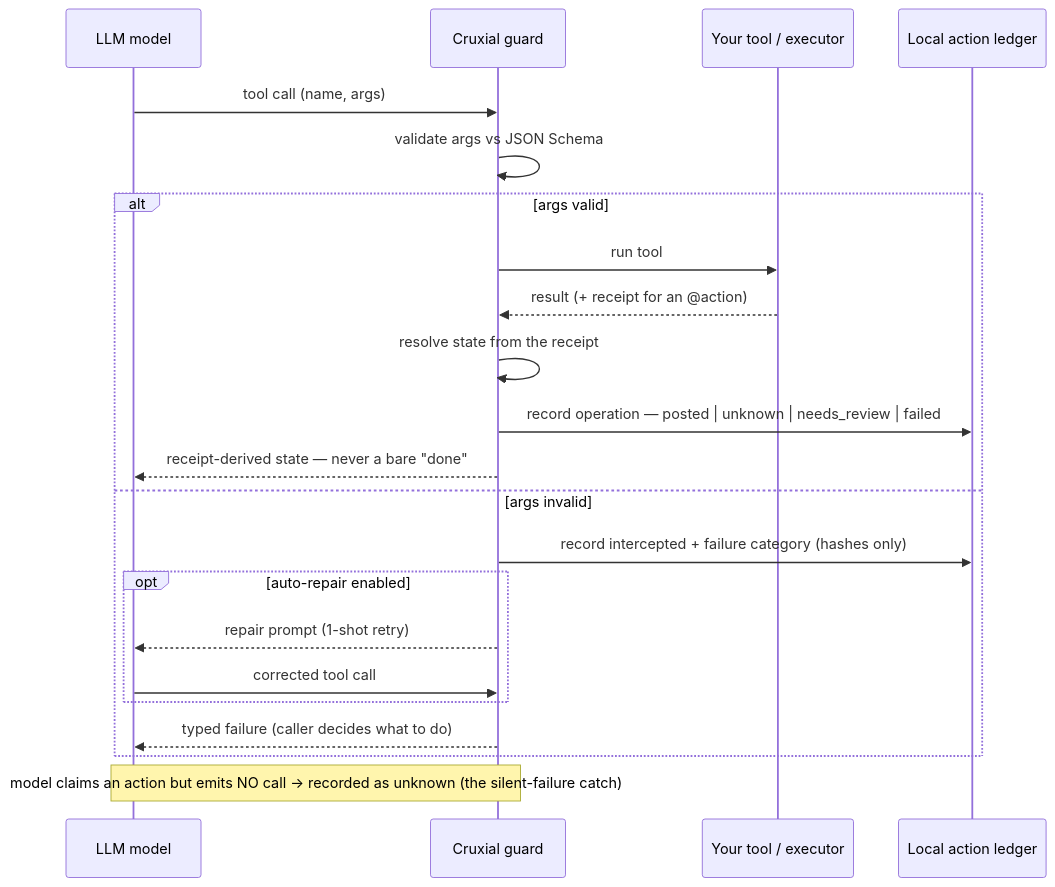
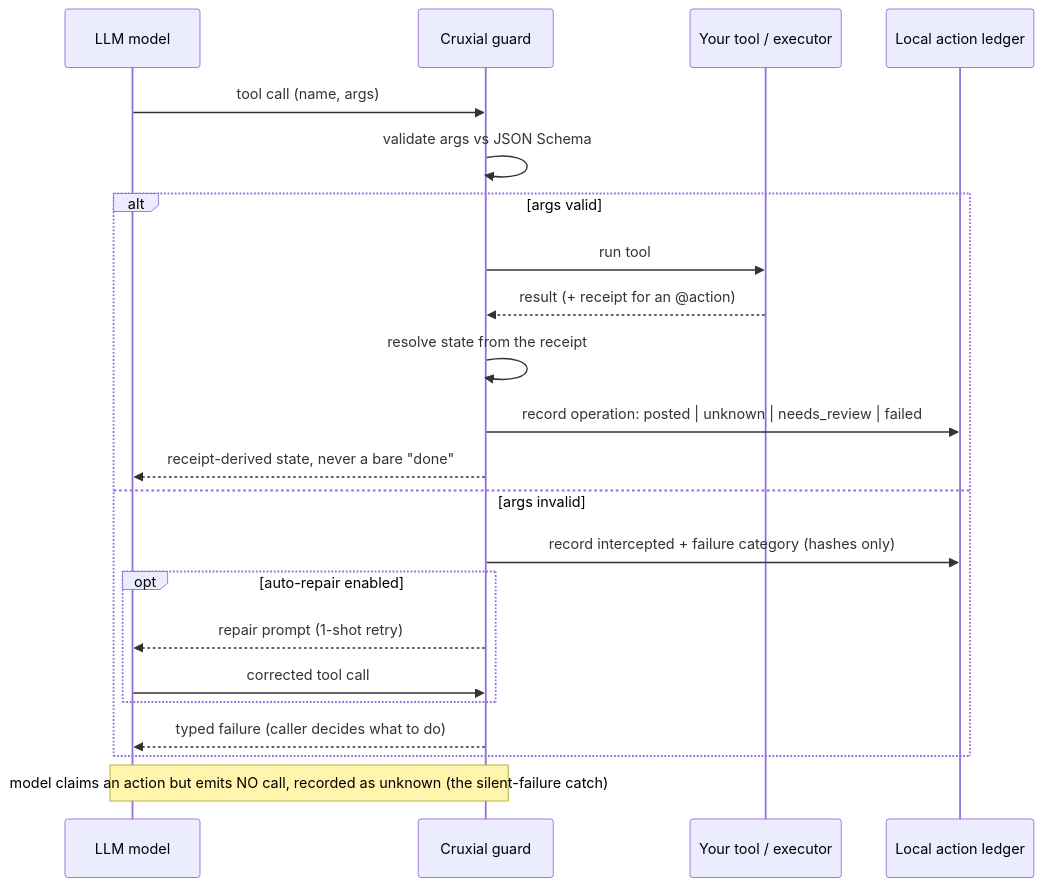
One commit to selva-iitg/cruxial changed the diagram in README.md. Above: the diagram before and after it, drawn with Mermaid. The commit also changed other lines of this file, not shown here.

````diff
--- a/README.md
+++ b/README.md
@@ -294,25 +244,25 @@
 ```mermaid
 sequenceDiagram
     participant M as LLM model
     participant C as Cruxial guard
     participant T as Your tool / executor
     participant L as Local action ledger
 
     M->>C: tool call (name, args)
     C->>C: validate args vs JSON Schema
     alt args valid
         C->>T: run tool
         T-->>C: result (+ receipt for an @action)
         C->>C: resolve state from the receipt
-        C->>L: record operation — posted | unknown | needs_review | failed
-        C-->>M: receipt-derived state — never a bare "done"
+        C->>L: record operation: posted | unknown | needs_review | failed
+        C-->>M: receipt-derived state, never a bare "done"
     else args invalid
         C->>L: record intercepted + failure category (hashes only)
         opt auto-repair enabled
             C-->>M: repair prompt (1-shot retry)
             M->>C: corrected tool call
         end
         C-->>M: typed failure (caller decides what to do)
     end
-    Note over M,C: model claims an action but emits NO call → recorded as unknown (the silent-failure catch)
+    Note over M,C: model claims an action but emits NO call, recorded as unknown (the silent-failure catch)
 ```
````
